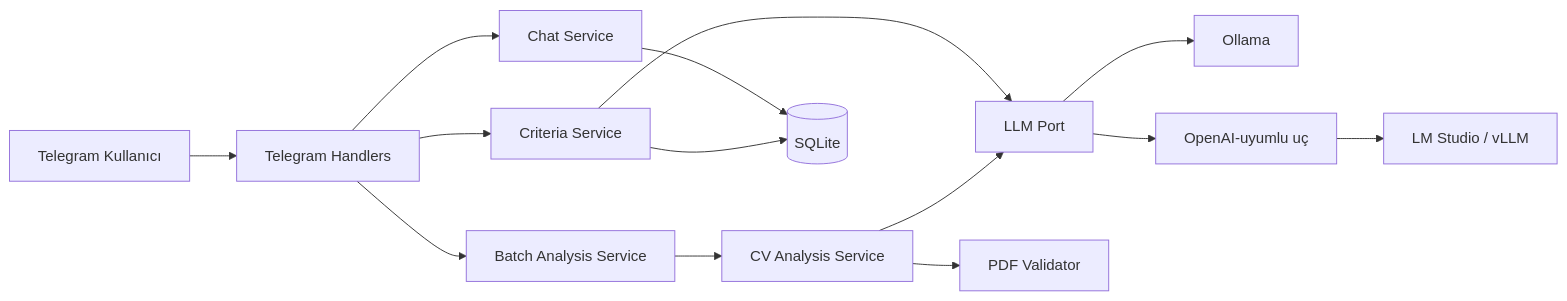
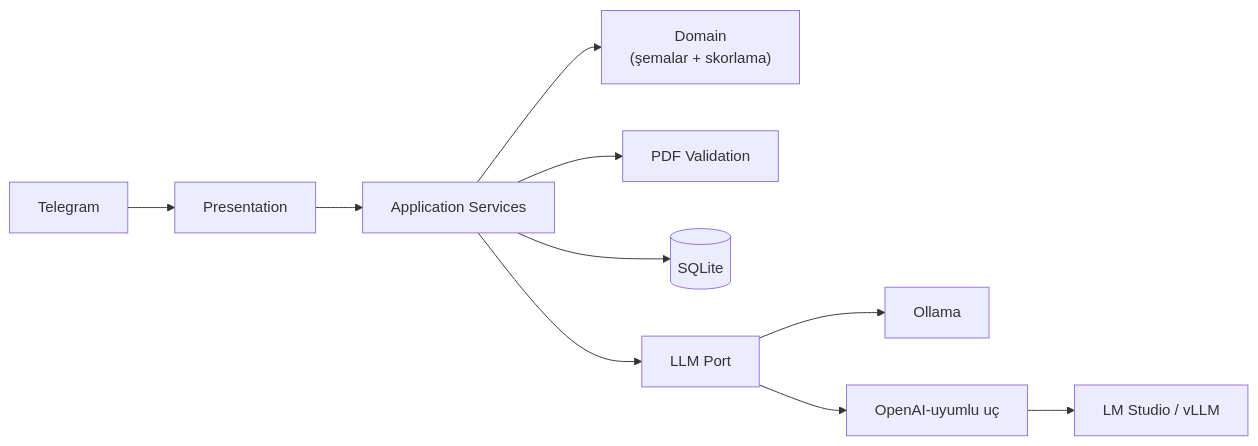
One commit to semihbugrasezer/sisoft-project changed the diagram in README.md. Above: the diagram before and after it, drawn with Mermaid. The commit also changed other lines of this file and 10 other files, not shown here.

````diff
--- a/README.md
+++ b/README.md
@@ -81,19 +40,12 @@
 ```mermaid
 flowchart LR
-    U[Telegram Kullanıcı] --> H[Telegram Handlers]
-    H --> CS[Chat Service]
-    H --> CRS[Criteria Service]
-    H --> BS[Batch Analysis Service]
-    BS --> CVS[CV Analysis Service]
-
-    CS --> DB[(SQLite)]
-    CRS --> DB
-
-    CRS --> LLM[LLM Port]
-    CVS --> PDF[PDF Validator]
-    CVS --> LLM
-
+    TG[Telegram] --> P[Presentation]
+    P --> A[Application Services]
+    A --> D["Domain<br/>(şemalar + skorlama)"]
+    A --> PDF[PDF Validation]
+    A --> DB[(SQLite)]
+    A --> LLM[LLM Port]
     LLM --> O[Ollama]
-    LLM --> OC[OpenAI-uyumlu uç]
-    OC --> V[LM Studio / vLLM]
+    LLM --> C[OpenAI-uyumlu uç]
+    C --> LS[LM Studio / vLLM]
 ```
````
